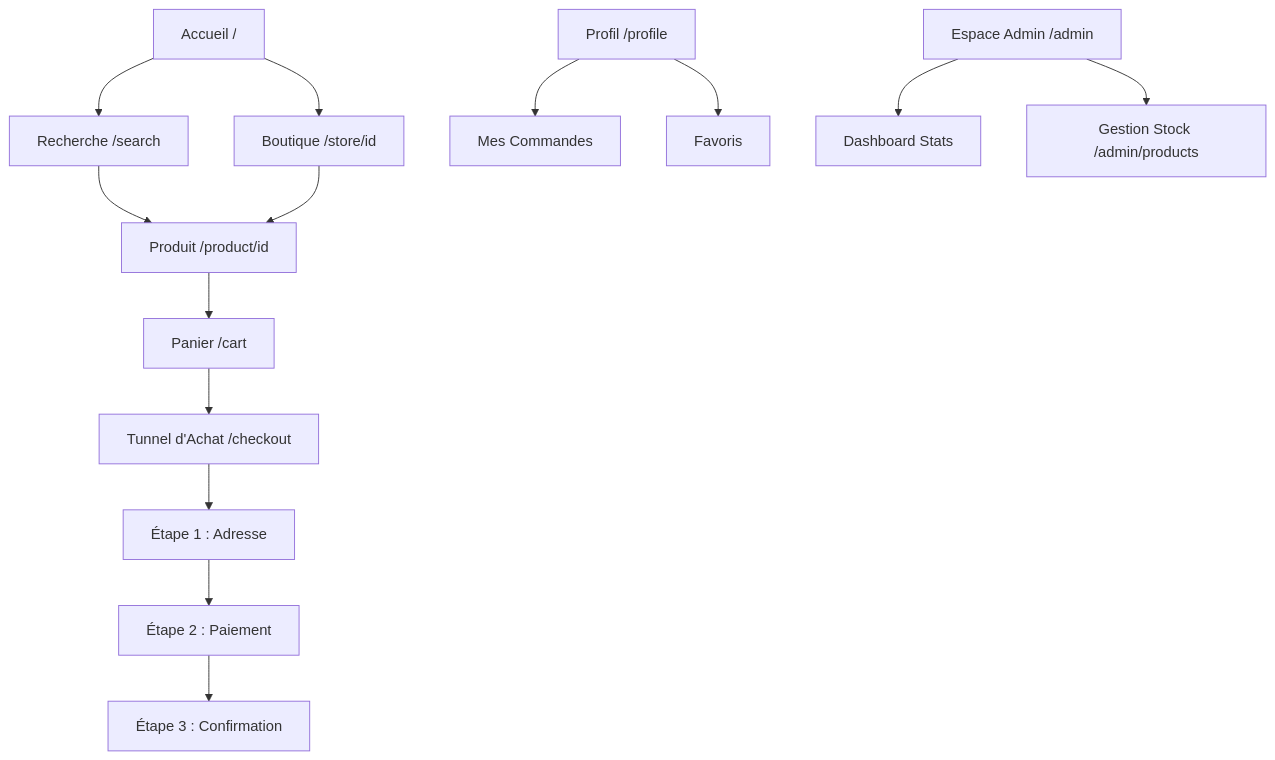
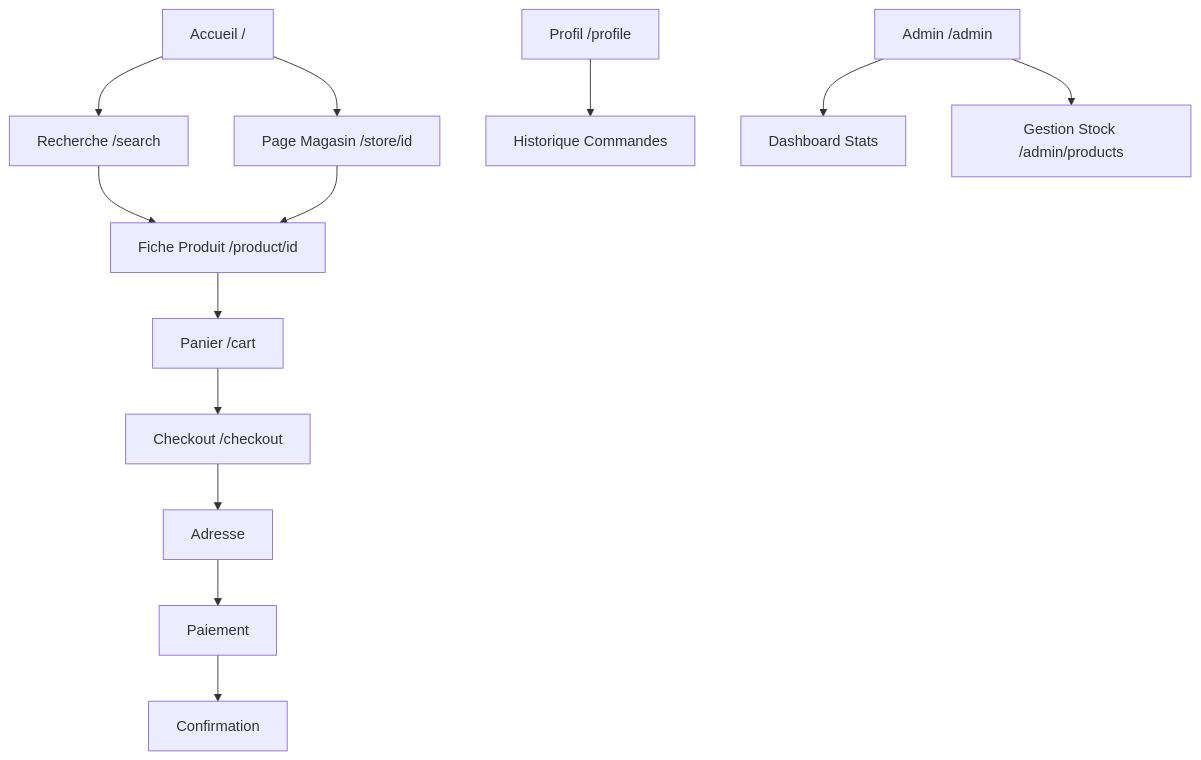
Before and after one commit to acekt/projet_bac: the diagram in DOCUMENTATION_FONCTIONNELLE.md, drawn with Mermaid. The commit also changed other lines of this file, not shown here.

First line of the commit message:
docs: integration du cahier des charges MesAchats241 et recapitulatif complet

````diff
--- a/DOCUMENTATION_FONCTIONNELLE.md
+++ b/DOCUMENTATION_FONCTIONNELLE.md
@@ -22,19 +66,18 @@
 ```mermaid
 graph TD
     A[Accueil /] --> B[Recherche /search]
-    A --> C[Boutique /store/id]
-    B --> D[Produit /product/id]
+    A --> C[Page Magasin /store/id]
+    B --> D[Fiche Produit /product/id]
     C --> D
     D --> E[Panier /cart]
-    E --> F[Tunnel d'Achat /checkout]
+    E --> F[Checkout /checkout]
 
-    F --> G[Étape 1 : Adresse]
-    G --> H[Étape 2 : Paiement]
-    H --> I[Étape 3 : Confirmation]
+    F --> G[Adresse]
+    G --> H[Paiement]
+    H --> I[Confirmation]
 
-    J[Profil /profile] --> K[Mes Commandes]
-    J --> L[Favoris]
+    J[Profil /profile] --> K[Historique Commandes]
 
-    M[Espace Admin /admin] --> N[Dashboard Stats]
+    M[Admin /admin] --> N[Dashboard Stats]
     M --> O[Gestion Stock /admin/products]
 ```
````
